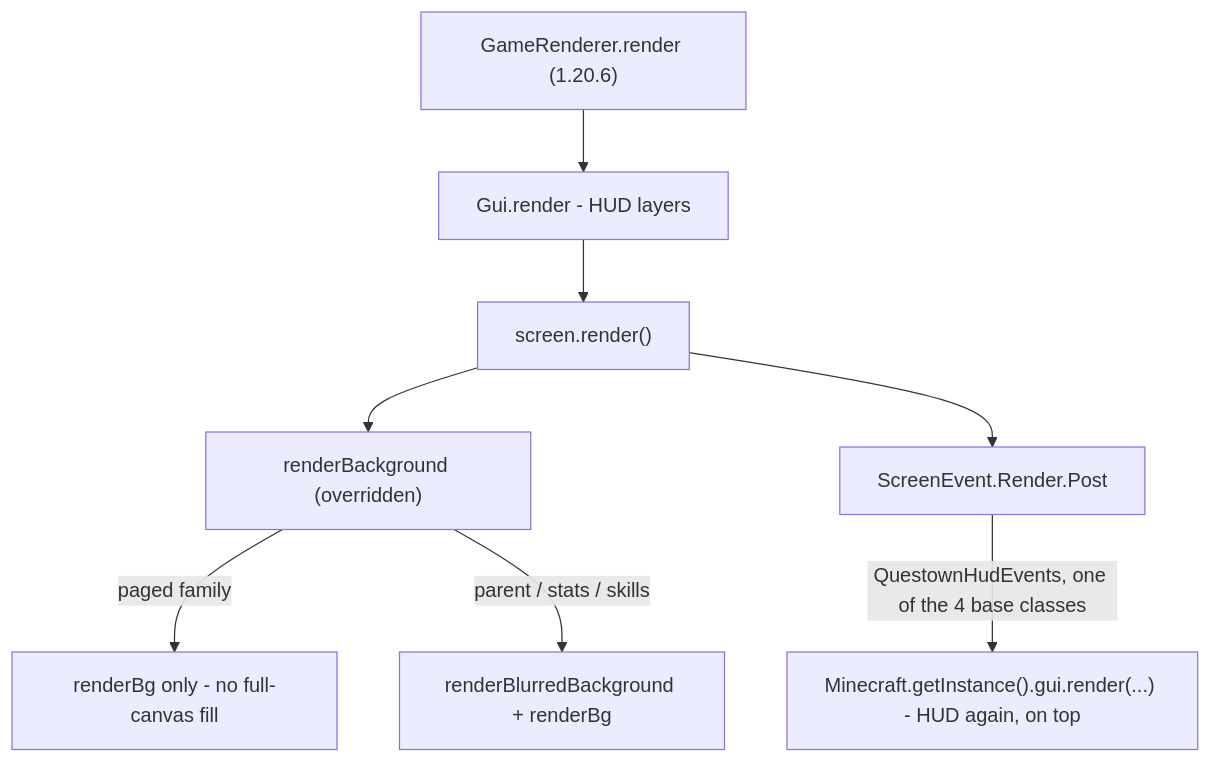
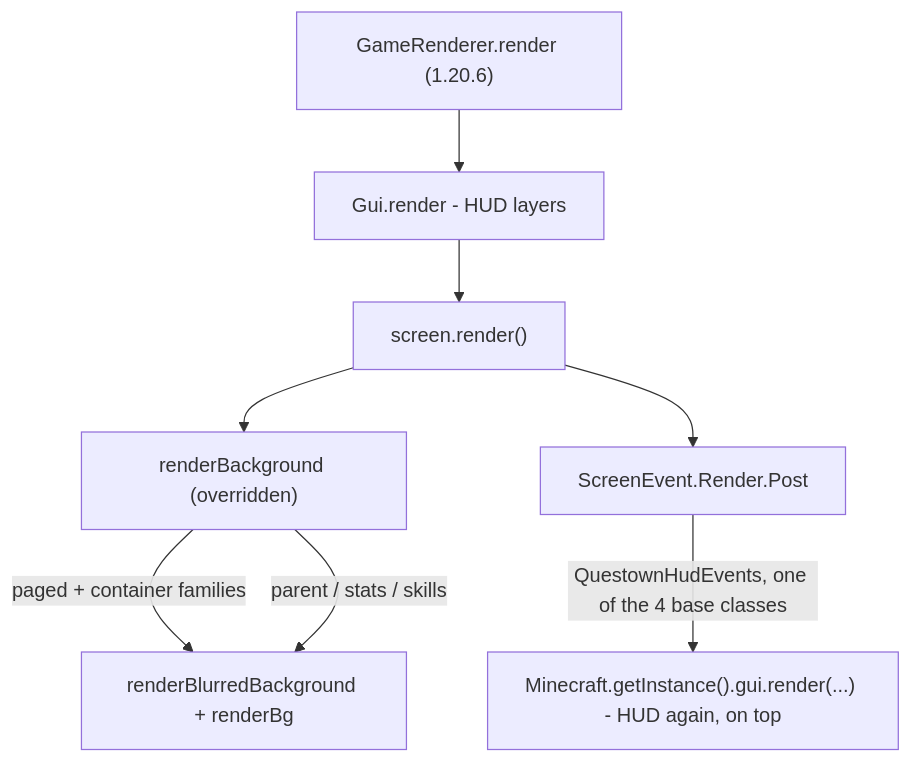
Before and after one commit to bradsk88/Questown: the second of 2 diagrams in src/main/java/ca/bradj/questown/gui/COMPLEX.md, drawn with Mermaid. The commit also changed other lines of this file and 7 other files, not shown here.

````diff
--- a/src/main/java/ca/bradj/questown/gui/COMPLEX.md
+++ b/src/main/java/ca/bradj/questown/gui/COMPLEX.md
@@ -44,10 +44,10 @@
 ```mermaid
 flowchart TD
     GR["GameRenderer.render (1.20.6)"] --> HUD["Gui.render - HUD layers"]
     HUD --> Render["screen.render()"]
     Render --> RB["renderBackground (overridden)"]
-    RB -->|paged family| BgOnly["renderBg only - no full-canvas fill"]
+    RB -->|paged + container families| Blur["renderBlurredBackground + renderBg"]
     RB -->|parent / stats / skills| Blur["renderBlurredBackground + renderBg"]
     Render --> Post["ScreenEvent.Render.Post"]
     Post -->|QuestownHudEvents, one of the 4 base classes| Redraw["Minecraft.getInstance().gui.render(...) - HUD again, on top"]
 ```
````
